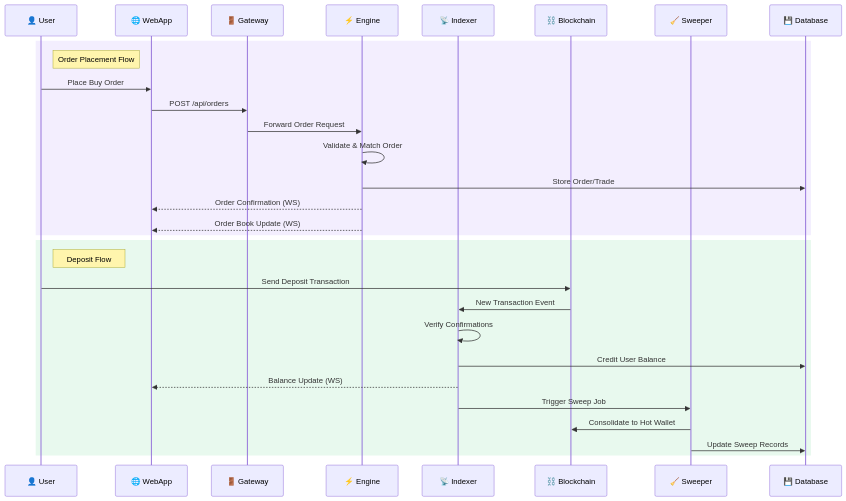
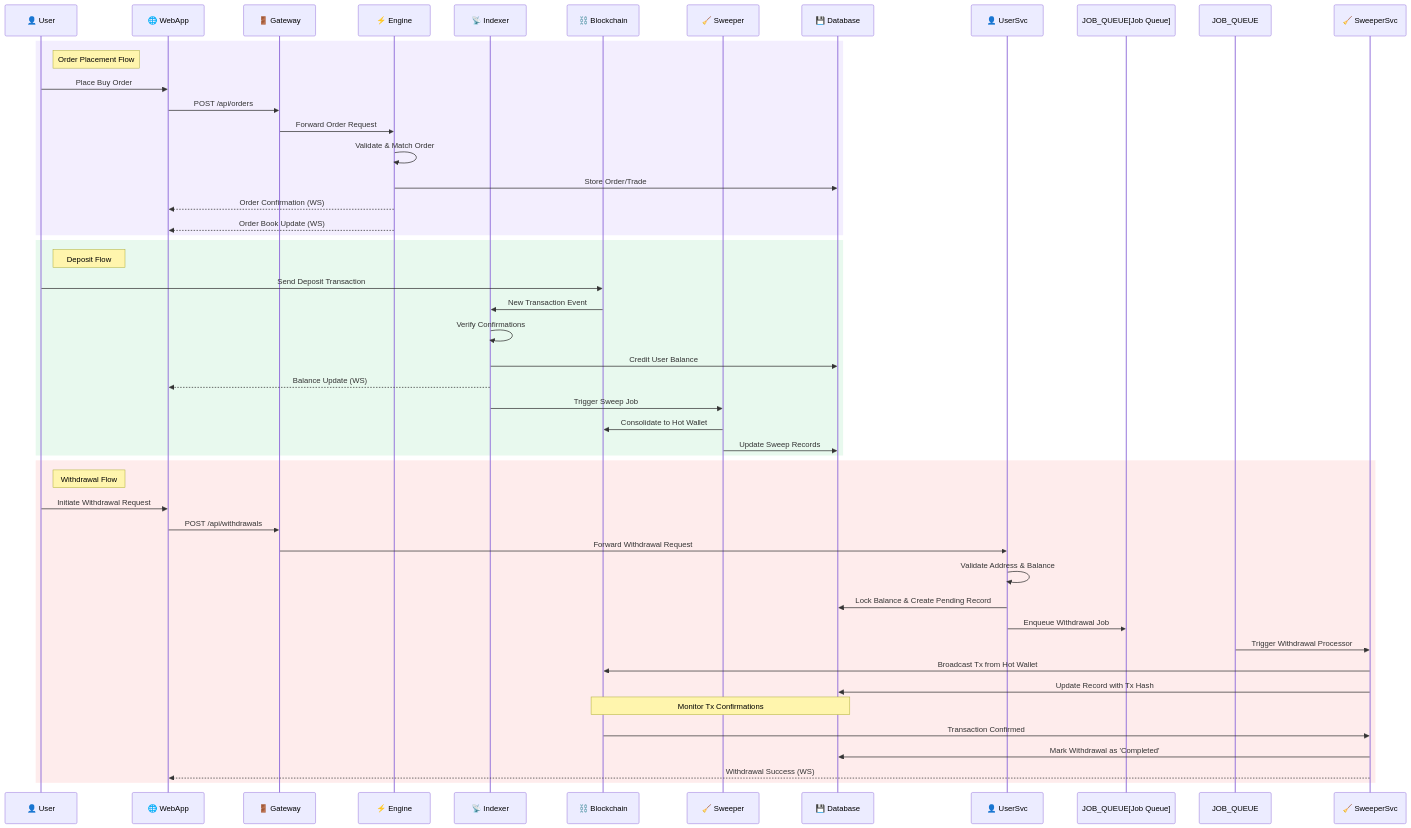
One commit to iaadi4/CSE changed the second of 5 diagrams in README.md. Above: the diagram before and after it, drawn with Mermaid.

Commit message:
docs: add withdrawal flow in readme

````diff
--- a/README.md
+++ b/README.md
@@ -156,34 +156,51 @@
 ```mermaid
 sequenceDiagram
     participant 👤 User
     participant 🌐 WebApp
     participant 🚪 Gateway
     participant ⚡ Engine
     participant 📡 Indexer
     participant ⛓️ Blockchain
     participant 🧹 Sweeper
     participant 💾 Database
     
     rect rgb(139, 92, 246, 0.1)
     note right of 👤 User: Order Placement Flow
     👤 User->>🌐 WebApp: Place Buy Order
     🌐 WebApp->>🚪 Gateway: POST /api/orders
     🚪 Gateway->>⚡ Engine: Forward Order Request
     ⚡ Engine->>⚡ Engine: Validate & Match Order
     ⚡ Engine->>💾 Database: Store Order/Trade
     ⚡ Engine-->>🌐 WebApp: Order Confirmation (WS)
     ⚡ Engine-->>🌐 WebApp: Order Book Update (WS)
     end
     
     rect rgb(34, 197, 94, 0.1)
     note right of 👤 User: Deposit Flow
     👤 User->>⛓️ Blockchain: Send Deposit Transaction
     ⛓️ Blockchain->>📡 Indexer: New Transaction Event
     📡 Indexer->>📡 Indexer: Verify Confirmations
     📡 Indexer->>💾 Database: Credit User Balance
     📡 Indexer-->>🌐 WebApp: Balance Update (WS)
     📡 Indexer->>🧹 Sweeper: Trigger Sweep Job
     🧹 Sweeper->>⛓️ Blockchain: Consolidate to Hot Wallet
     🧹 Sweeper->>💾 Database: Update Sweep Records
     end
+
+    rect rgb(239, 68, 68, 0.1)
+   note right of 👤 User: Withdrawal Flow
+   👤 User->>🌐 WebApp: Initiate Withdrawal Request
+   🌐 WebApp->>🚪 Gateway: POST /api/withdrawals
+   🚪 Gateway->>👤 UserSvc: Forward Withdrawal Request
+   👤 UserSvc->>👤 UserSvc: Validate Address & Balance
+   👤 UserSvc->>💾 Database: Lock Balance & Create Pending Record
+   👤 UserSvc->>JOB_QUEUE[Job Queue]: Enqueue Withdrawal Job
+   JOB_QUEUE->>🧹 SweeperSvc: Trigger Withdrawal Processor
+   🧹 SweeperSvc->>⛓️ Blockchain: Broadcast Tx from Hot Wallet
+   🧹 SweeperSvc->>💾 Database: Update Record with Tx Hash
+   note over ⛓️ Blockchain, 💾 Database: Monitor Tx Confirmations
+   ⛓️ Blockchain->>🧹 SweeperSvc: Transaction Confirmed
+   🧹 SweeperSvc->>💾 Database: Mark Withdrawal as 'Completed'
+   🧹 SweeperSvc-->>🌐 WebApp: Withdrawal Success (WS)
+   end
 ```
````
